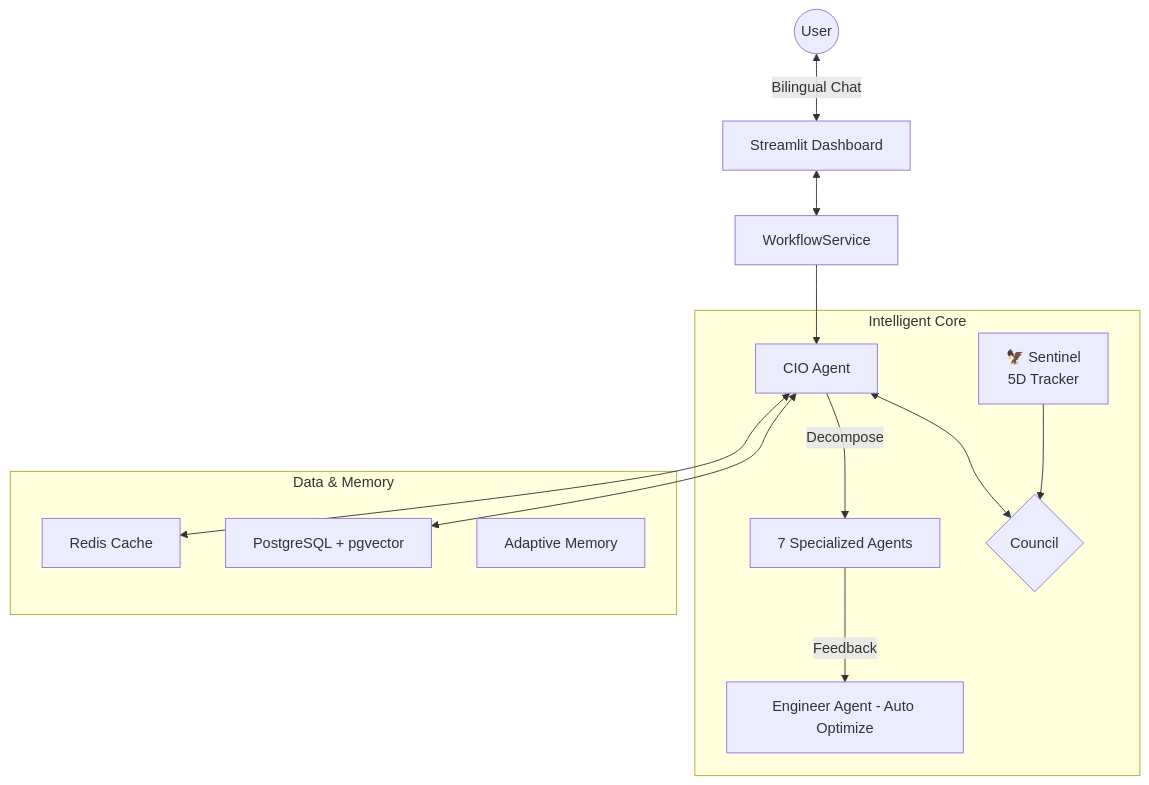
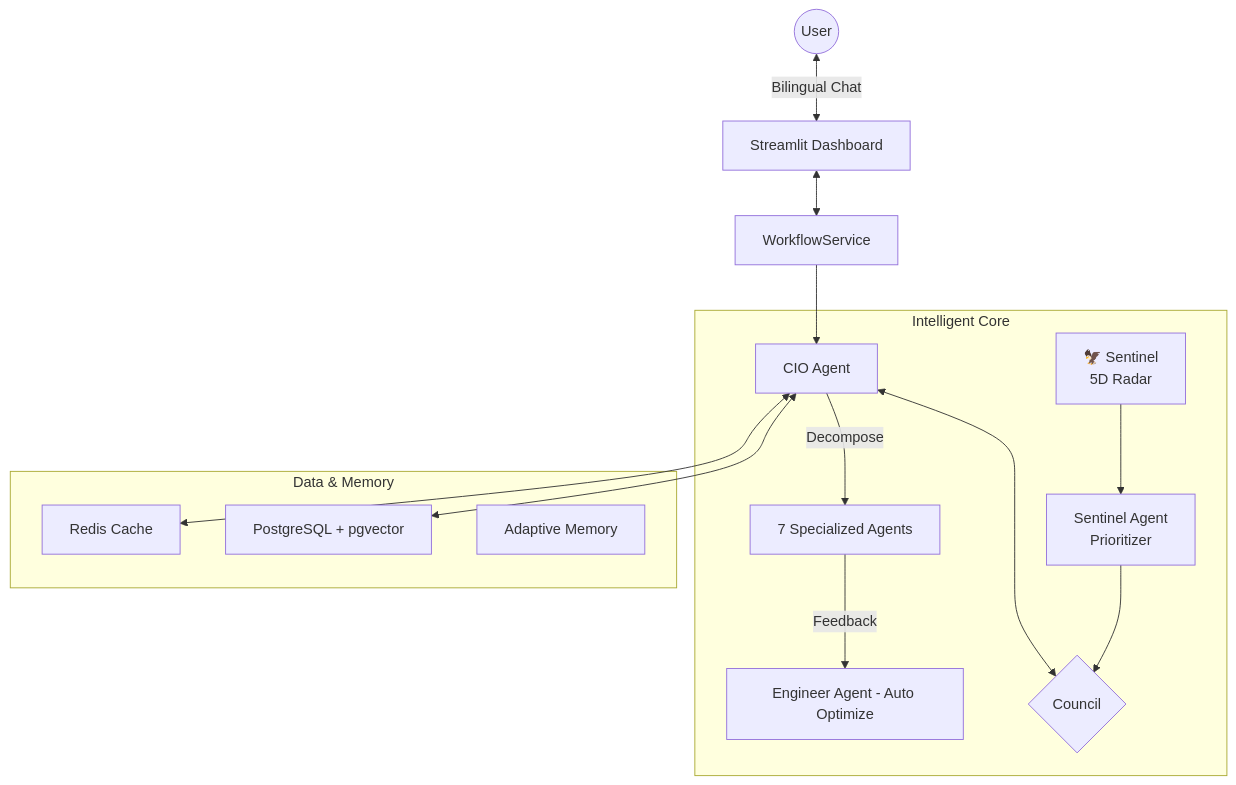
One commit to neohsiung/AI-Investment-Advisor changed the second of 3 diagrams in README.md. Above: the diagram before and after it, drawn with Mermaid. The commit also changed other lines of this file and 7 other files, not shown here.

````diff
--- a/README.md
+++ b/README.md
@@ -104,22 +107,23 @@
 ```mermaid
 graph TD
     User((User)) <-->|Bilingual Chat| DASH["Streamlit Dashboard"]
     DASH <--> WF["WorkflowService"]
     
     subgraph "Intelligent Core"
         CIO["CIO Agent"] <--> COUNCIL{Council}
         CIO -->|Decompose| SUB["7 Specialized Agents"]
         SUB -->|Feedback| ENG["Engineer Agent - Auto Optimize"]
-        S["🦅 Sentinel<br/>5D Tracker"] --> COUNCIL
+        S["🦅 Sentinel<br/>5D Radar"] --> SA["Sentinel Agent<br/>Prioritizer"]
+        SA --> COUNCIL
     end
 
     subgraph "Data & Memory"
         PG["PostgreSQL + pgvector"]
         RD["Redis Cache"]
         MEM["Adaptive Memory"]
     end
 
     WF --> CIO
     CIO <--> PG
     CIO <--> RD
 ```
````
